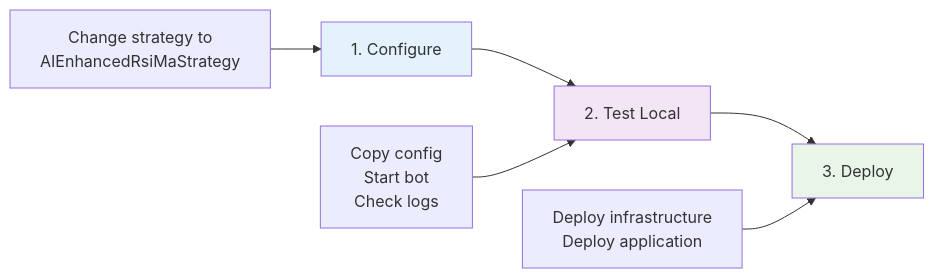
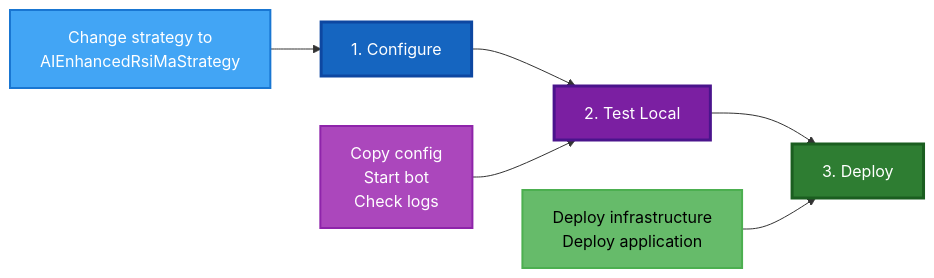
One commit to solid-computing/AI-Trading changed the first of 6 diagrams in AI_QUICKSTART.md. Above: the diagram before and after it, drawn with Mermaid. The commit also changed other lines of this file and 1 other file, not shown here.

Commit message:
Enhance mermaid diagrams with improved color contrast and accessibility

````diff
--- a/AI_QUICKSTART.md
+++ b/AI_QUICKSTART.md
@@ -5,12 +5,16 @@
 ```mermaid
 graph LR
     A[1. Configure] --> B[2. Test Local] --> C[3. Deploy]
     
     A1[Change strategy to<br/>AIEnhancedRsiMaStrategy] --> A
     B1[Copy config<br/>Start bot<br/>Check logs] --> B
     C1[Deploy infrastructure<br/>Deploy application] --> C
     
-    style A fill:#e3f2fd
-    style B fill:#f3e5f5  
-    style C fill:#e8f5e8
+    style A fill:#1565C0,stroke:#0D47A1,stroke-width:3px,color:#FFFFFF
+    style B fill:#7B1FA2,stroke:#4A148C,stroke-width:3px,color:#FFFFFF  
+    style C fill:#2E7D32,stroke:#1B5E20,stroke-width:3px,color:#FFFFFF
+    
+    style A1 fill:#42A5F5,stroke:#1976D2,stroke-width:2px,color:#FFFFFF
+    style B1 fill:#AB47BC,stroke:#8E24AA,stroke-width:2px,color:#FFFFFF
+    style C1 fill:#66BB6A,stroke:#4CAF50,stroke-width:2px,color:#000000
 ```
````
